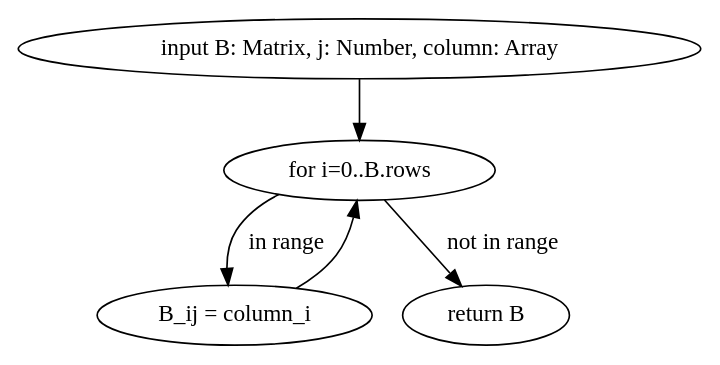
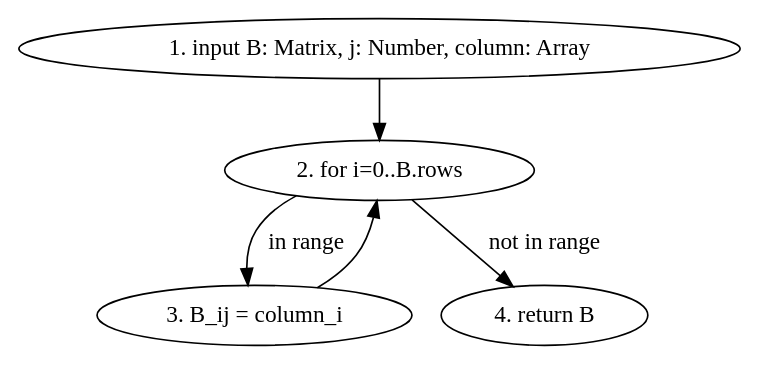
Before and after one commit to drakexcaptainop/p5t: the diagram in test_graphs/scripts/matrix/setColumn.dot, drawn with Graphviz. The commit also changed 46 other files, not shown here.

Commit message:
scripts for graphs

```diff
--- a/test_graphs/scripts/matrix/setColumn.dot
+++ b/test_graphs/scripts/matrix/setColumn.dot
@@ -1,11 +1,11 @@
 digraph G {
-    INP [label="input B: Matrix, j: Number, column: Array"]
-    FOR [label="for i=0..B.rows"]
-    SET [label="B_ij = column_i"]
-    RET [label="return B"]
+    INP [label="1. input B: Matrix, j: Number, column: Array"]
+    FOR [label="2. for i=0..B.rows"]
+    SET [label="3. B_ij = column_i"]
+    RET [label="4. return B"]
 
     INP -> FOR
     FOR -> SET [label="in range"] 
     FOR -> RET [label="not in range"]
     SET -> FOR
 }
```
